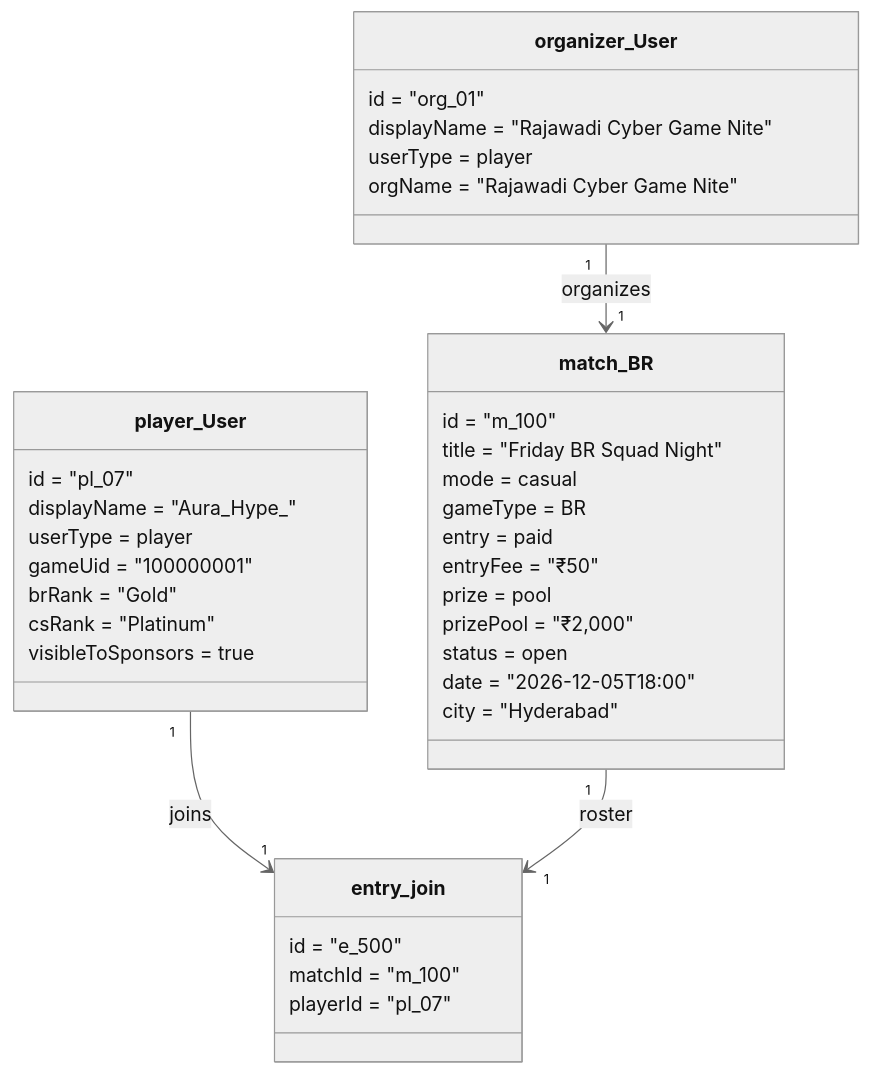
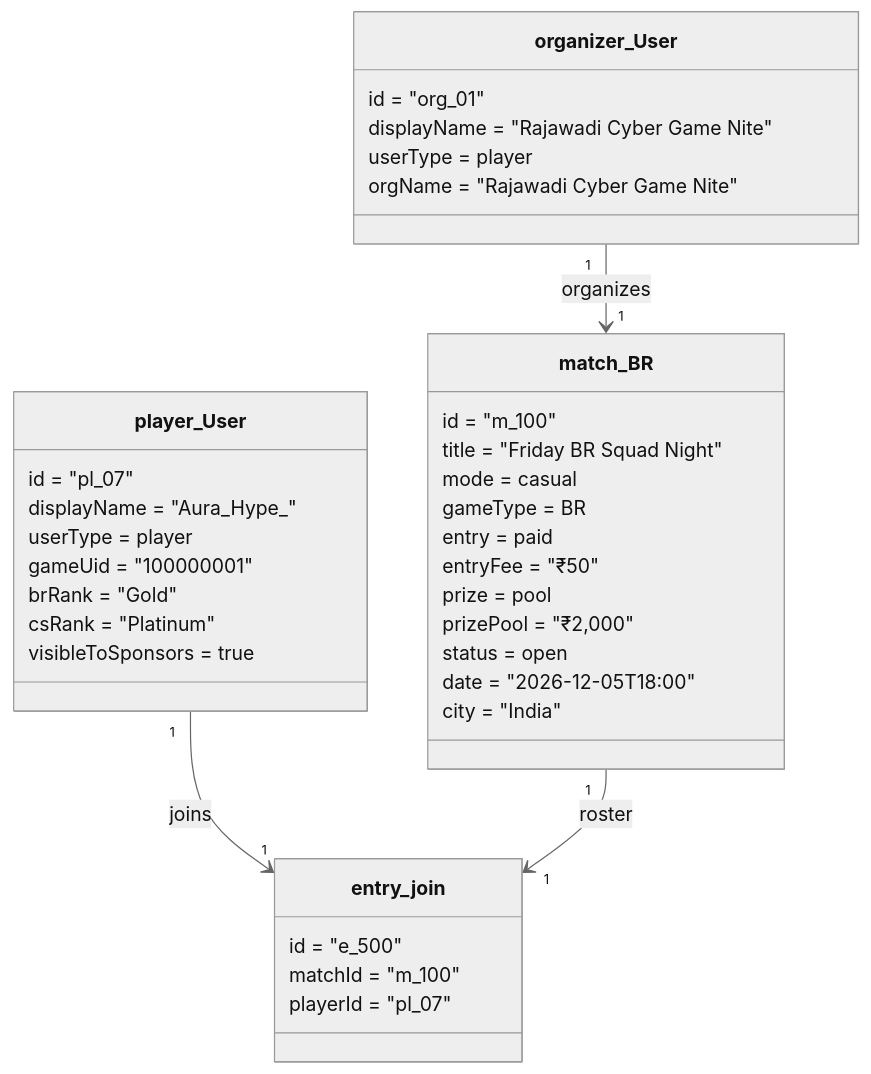
The second of 2 diagrams in docs/uml/match-platform.md (0535MANIDEEP/ff-scout), drawn with Mermaid (neutral theme) before and after one commit. The commit also changed other lines of this file and 57 other files, not shown here.

````diff
--- a/docs/uml/match-platform.md
+++ b/docs/uml/match-platform.md
@@ -140,40 +140,40 @@
 ```mermaid
 classDiagram
     class organizer_User {
         id = "org_01"
         displayName = "Rajawadi Cyber Game Nite"
         userType = player
         orgName = "Rajawadi Cyber Game Nite"
     }
     class match_BR {
         id = "m_100"
         title = "Friday BR Squad Night"
         mode = casual
         gameType = BR
         entry = paid
         entryFee = "₹50"
         prize = pool
         prizePool = "₹2,000"
         status = open
         date = "2026-12-05T18:00"
-        city = "Hyderabad"
+        city = "India"
     }
     class player_User {
         id = "pl_07"
         displayName = "Aura_Hype_"
         userType = player
         gameUid = "100000001"
         brRank = "Gold"
         csRank = "Platinum"
         visibleToSponsors = true
     }
     class entry_join {
         id = "e_500"
         matchId = "m_100"
         playerId = "pl_07"
     }
 
     organizer_User "1" --> "1" match_BR : organizes
     player_User "1" --> "1" entry_join : joins
     match_BR "1" --> "1" entry_join : roster
 ```
````
